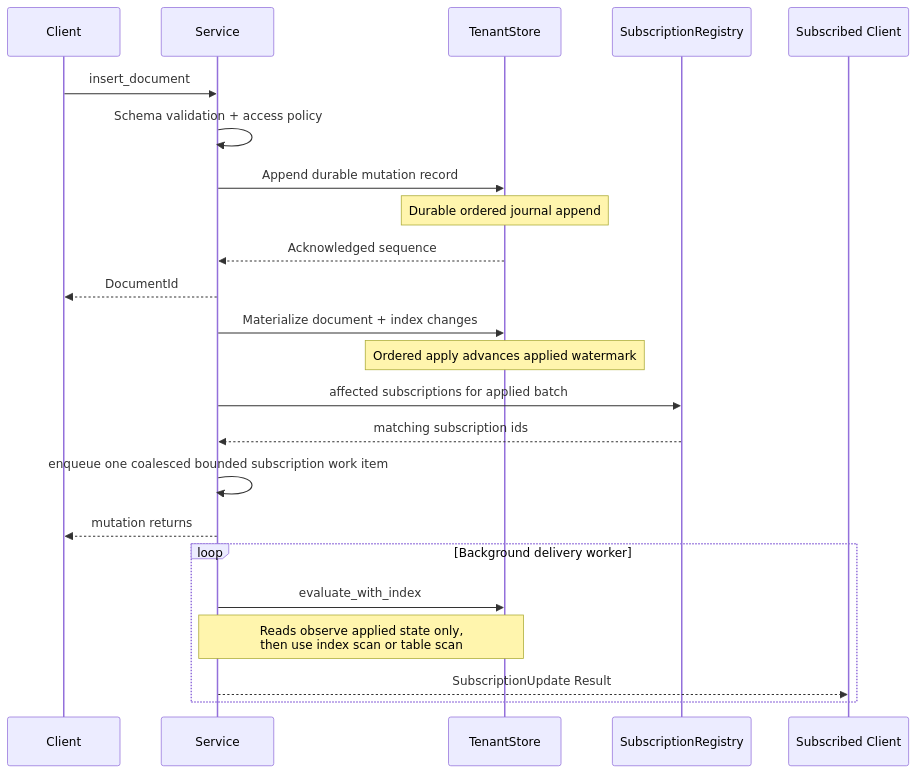
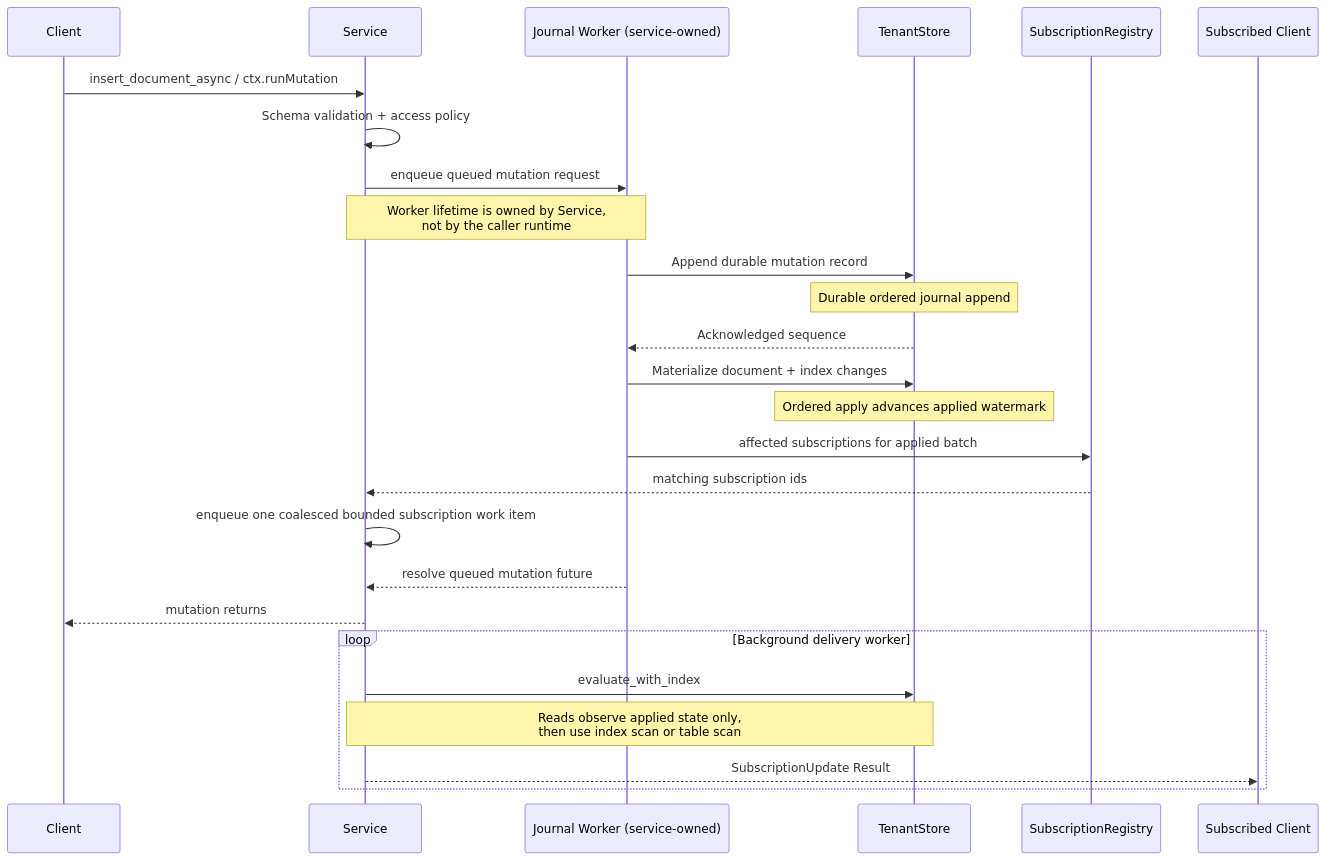
The fourth of 6 diagrams in ARCHITECTURE.md (nimbus/nimbus), drawn with Mermaid before and after one commit. The commit also changed other lines of this file and 18 other files, not shown here.

````diff
--- a/ARCHITECTURE.md
+++ b/ARCHITECTURE.md
@@ -341,28 +398,31 @@
 ```mermaid
 sequenceDiagram
     participant C as Client
     participant Svc as Service
+    participant JW as Journal Worker (service-owned)
     participant St as TenantStore
     participant Sub as SubscriptionRegistry
     participant WS as Subscribed Client
 
-    C->>Svc: insert_document
+    C->>Svc: insert_document_async / ctx.runMutation
     Svc->>Svc: Schema validation + access policy
-    Svc->>St: Append durable mutation record
+    Svc->>JW: enqueue queued mutation request
+    Note over Svc,JW: Worker lifetime is owned by Service,<br/>not by the caller runtime
+    JW->>St: Append durable mutation record
     Note over St: Durable ordered journal append
-    St-->>Svc: Acknowledged sequence
-    Svc-->>C: DocumentId
+    St-->>JW: Acknowledged sequence
 
-    Svc->>St: Materialize document + index changes
+    JW->>St: Materialize document + index changes
     Note over St: Ordered apply advances applied watermark
-    Svc->>Sub: affected subscriptions for applied batch
+    JW->>Sub: affected subscriptions for applied batch
     Sub-->>Svc: matching subscription ids
     Svc->>Svc: enqueue one coalesced bounded subscription work item
+    JW-->>Svc: resolve queued mutation future
     Svc-->>C: mutation returns
 
     loop Background delivery worker
         Svc->>St: evaluate_with_index
         Note over Svc,St: Reads observe applied state only,<br/>then use index scan or table scan
         Svc-->>WS: SubscriptionUpdate Result
     end
 ```
````
